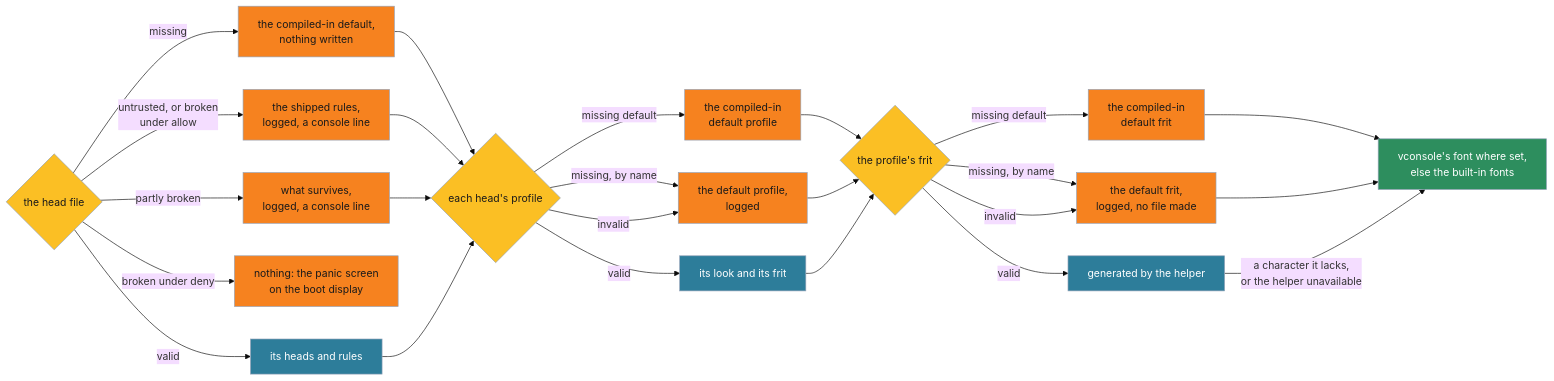
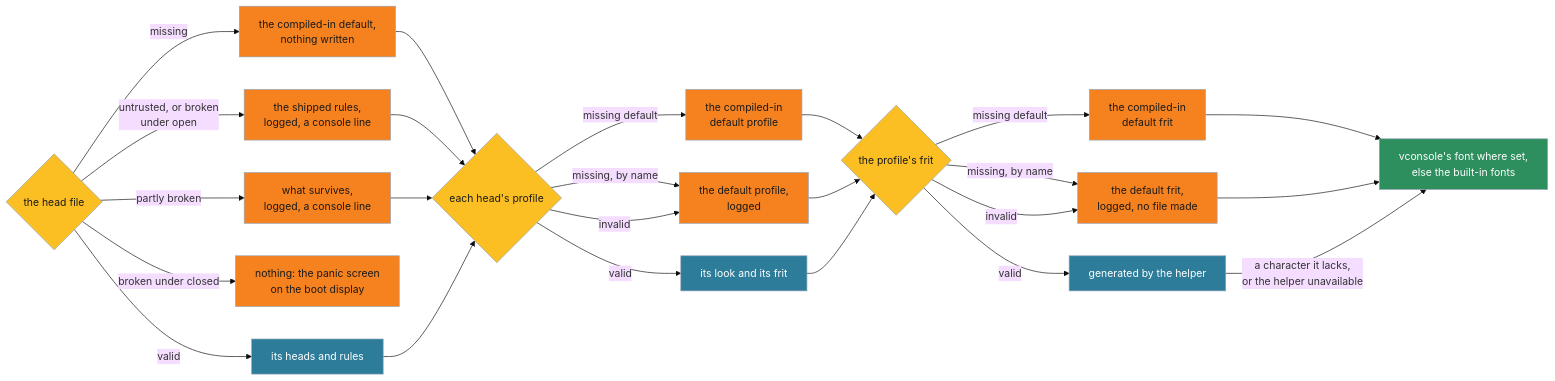
The third of 5 diagrams in docs/architecture/platform/ADR-1401-heads-a-terminal-per-physical-display-placed-by-a-first-match-ruleset.md (vtium/vtium), drawn with Mermaid (base theme) before and after one commit. The commit also changed other lines of this file and 9 other files, not shown here.

````diff
--- a/docs/architecture/platform/ADR-1401-heads-a-terminal-per-physical-display-placed-by-a-first-match-ruleset.md
+++ b/docs/architecture/platform/ADR-1401-heads-a-terminal-per-physical-display-placed-by-a-first-match-ruleset.md
@@ -580,34 +582,34 @@
 ```mermaid
 flowchart LR
     HF{"the head file"} -->|"missing"| HFI["the compiled-in default,<br>nothing written"]
-    HF -->|"untrusted, or broken<br>under allow"| HFS["the shipped rules,<br>logged, a console line"]
+    HF -->|"untrusted, or broken<br>under open"| HFS["the shipped rules,<br>logged, a console line"]
     HF -->|"partly broken"| HFP["what survives,<br>logged, a console line"]
-    HF -->|"broken under deny"| HFC["nothing: the panic screen<br>on the boot display"]
+    HF -->|"broken under closed"| HFC["nothing: the panic screen<br>on the boot display"]
     HF -->|"valid"| HFV["its heads and rules"]
     HFI --> PR
     HFS --> PR
     HFP --> PR
     HFV --> PR{"each head's profile"}
     PR -->|"missing default"| PRI["the compiled-in<br>default profile"]
     PR -->|"missing, by name"| PRD["the default profile,<br>logged"]
     PR -->|"invalid"| PRD
     PR -->|"valid"| PRV["its look and its frit"]
     PRI --> FR
     PRD --> FR
     PRV --> FR{"the profile's frit"}
     FR -->|"missing default"| FRI["the compiled-in<br>default frit"]
     FR -->|"missing, by name"| FRD["the default frit,<br>logged, no file made"]
     FR -->|"invalid"| FRD
     FR -->|"valid"| FRV["generated by the helper"]
     FRI --> BI
     FRD --> BI["vconsole's font where set,<br>else the built-in fonts"]
     FRV -->|"a character it lacks,<br>or the helper unavailable"| BI
     classDef check fill:#fbbf24,color:#1a1a1a,stroke:#94a3b8
     classDef step fill:#2d7d9a,color:#ffffff,stroke:#94a3b8
     classDef fall fill:#f6821f,color:#1a1a1a,stroke:#94a3b8
     classDef done fill:#2d8e5e,color:#ffffff,stroke:#94a3b8
     class HF,PR,FR check
     class HFV,PRV,FRV step
     class HFI,HFS,HFP,HFC,PRI,PRD,FRI,FRD fall
     class BI done
 ```
````
